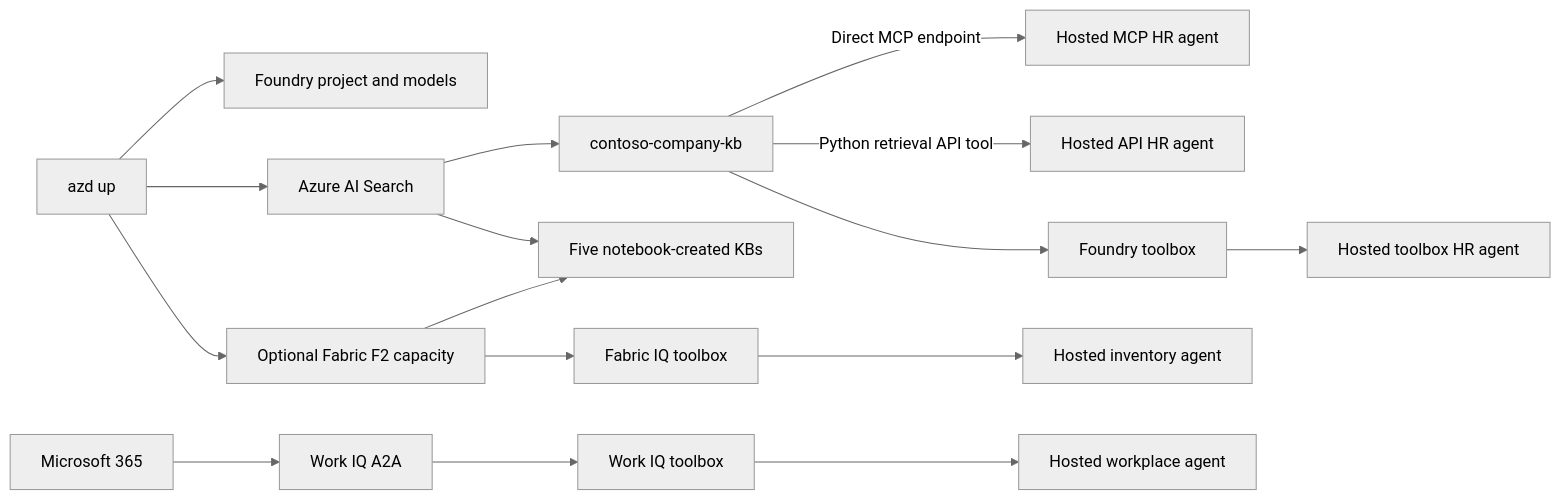
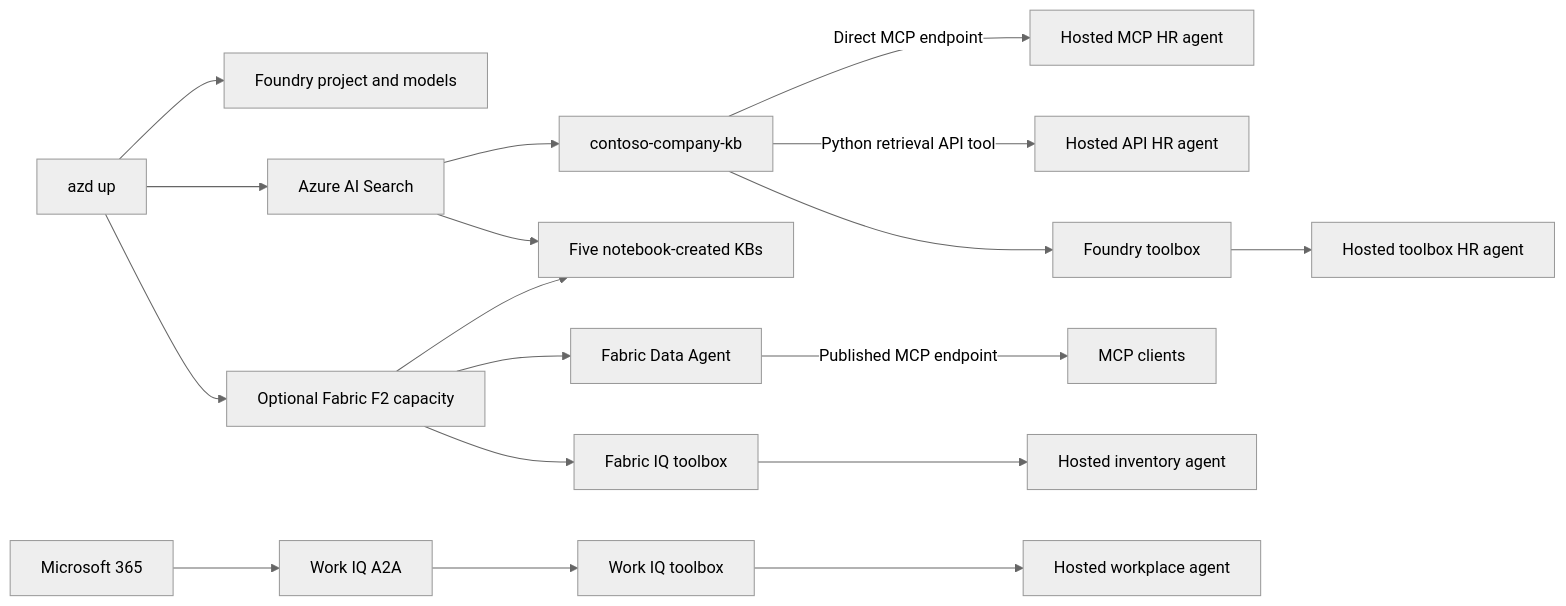
Before and after one commit to pamelafox/iqdeepdive-foundryiq: the diagram in README.md, drawn with Mermaid (neutral theme). The commit also changed other lines of this file and 7 other files, not shown here.

Commit message:
Create Fabric data agent and query script

````diff
--- a/README.md
+++ b/README.md
@@ -11,18 +11,20 @@
 ```mermaid
 flowchart LR
   azd[azd up] --> foundry[Foundry project and models]
   azd --> search[Azure AI Search]
   azd --> fabric[Optional Fabric F2 capacity]
   search --> agentkb[contoso-company-kb]
   agentkb -->|Direct MCP endpoint| mcpagent[Hosted MCP HR agent]
   agentkb -->|Python retrieval API tool| apiagent[Hosted API HR agent]
   agentkb --> toolbox[Foundry toolbox]
   toolbox --> toolboxagent[Hosted toolbox HR agent]
   search --> notebooks[Five notebook-created KBs]
   fabric --> notebooks
+  fabric --> fabricdataagent[Fabric Data Agent]
+  fabricdataagent -->|Published MCP endpoint| clients[MCP clients]
   fabric --> fabrictoolbox[Fabric IQ toolbox]
   fabrictoolbox --> fabricagent[Hosted inventory agent]
   m365[Microsoft 365] --> workiq[Work IQ A2A]
   workiq --> workiqtoolbox[Work IQ toolbox]
   workiqtoolbox --> workiqagent[Hosted workplace agent]
 ```
````
